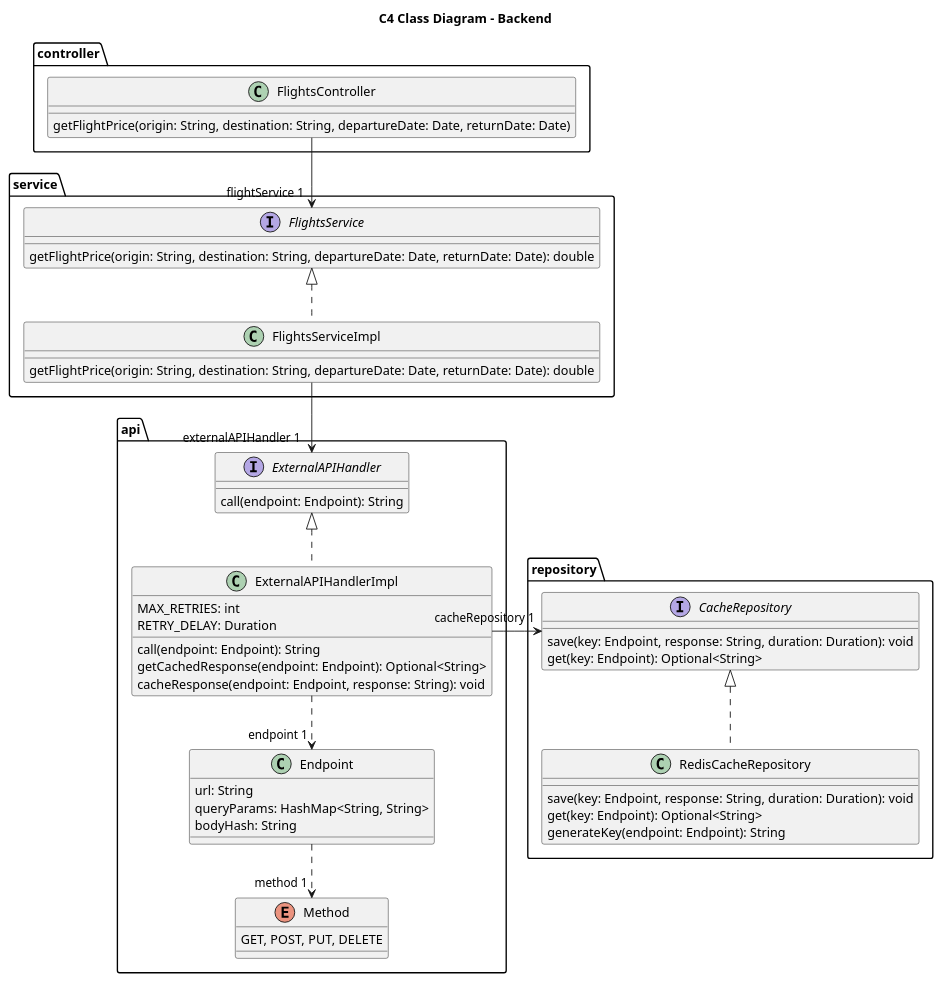
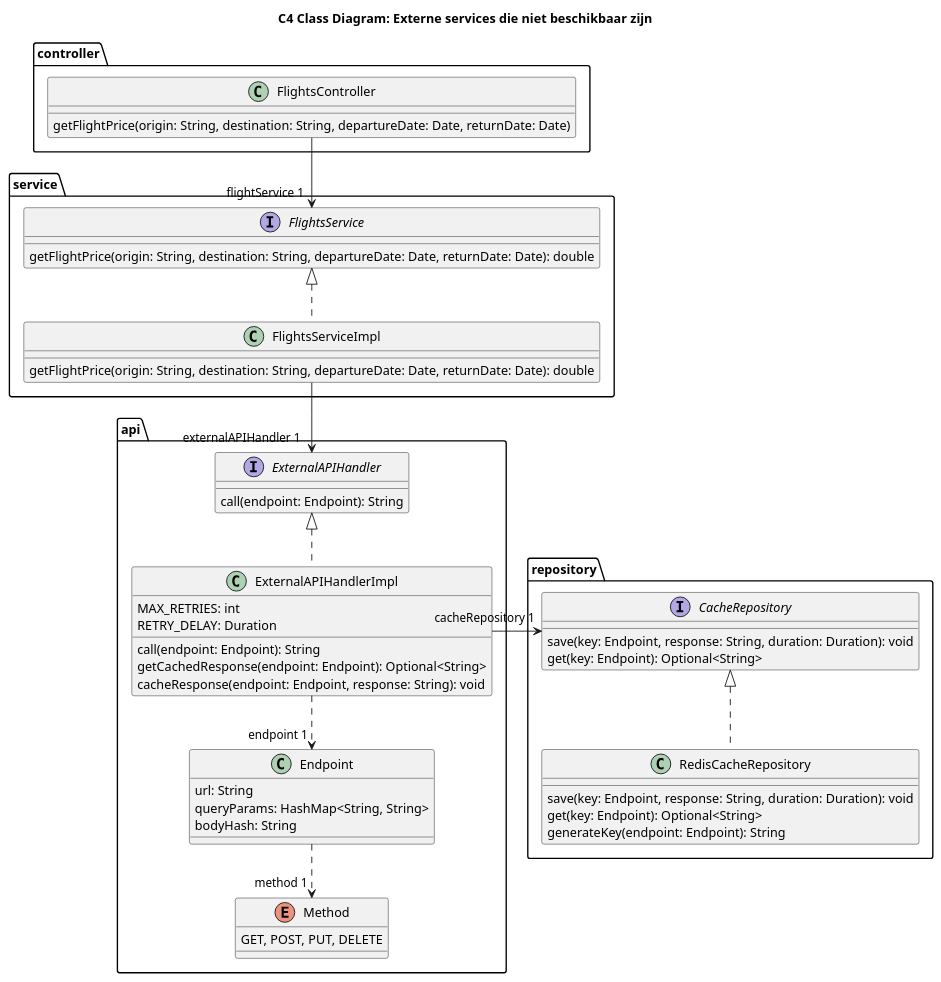
Before and after one commit to AIM-ENE-feb25/triptop-groep-4-jochem-roald-stijn-a: the diagram in software-guidebook/sgb-bestanden/ontwerpvragen/Fault Tolerance - class diagram.puml, drawn with PlantUML. The commit also changed 19 other files, not shown here.

First line of the commit message:
Alle diagrammen rechtgetrokken

```diff
--- a/software-guidebook/sgb-bestanden/ontwerpvragen/Fault Tolerance - class diagram.puml
+++ b/software-guidebook/sgb-bestanden/ontwerpvragen/Fault Tolerance - class diagram.puml
@@ -1,71 +1,71 @@
 @startuml
-title C4 Class Diagram - Backend
+title C4 Class Diagram: Externe services die niet beschikbaar zijn
 
 'hide circle
 'skinparam linetype ortho
 
 top to bottom direction
 
 package "controller" {
     class FlightsController {
         getFlightPrice(origin: String, destination: String, departureDate: Date, returnDate: Date)
     }
 }
 
 package "service" {
     interface FlightsService {
         getFlightPrice(origin: String, destination: String, departureDate: Date, returnDate: Date): double
     }
 
     class FlightsServiceImpl {
         getFlightPrice(origin: String, destination: String, departureDate: Date, returnDate: Date): double
     }
 }
 
 package "api" {
     interface ExternalAPIHandler {
         call(endpoint: Endpoint): String
     }
 
     class ExternalAPIHandlerImpl {
         MAX_RETRIES: int
         RETRY_DELAY: Duration
         call(endpoint: Endpoint): String
         getCachedResponse(endpoint: Endpoint): Optional<String>
         cacheResponse(endpoint: Endpoint, response: String): void
     }
 
     class Endpoint {
         url: String
         queryParams: HashMap<String, String>
         bodyHash: String
     }
 
     enum Method {
         GET, POST, PUT, DELETE
     }
 }
 
 package "repository" {
     interface CacheRepository {
         save(key: Endpoint, response: String, duration: Duration): void
         get(key: Endpoint): Optional<String>
     }
 
     class RedisCacheRepository {
         save(key: Endpoint, response: String, duration: Duration): void
         get(key: Endpoint): Optional<String>
         generateKey(endpoint: Endpoint): String
     }
 }
 
 FlightsController --> "flightService 1" FlightsService
 FlightsServiceImpl .u.|> FlightsService
 FlightsServiceImpl --> "externalAPIHandler 1" ExternalAPIHandler
 ExternalAPIHandlerImpl .u.|> ExternalAPIHandler
 ExternalAPIHandlerImpl -r-> "cacheRepository 1" CacheRepository
 RedisCacheRepository .u.|> CacheRepository
 ExternalAPIHandlerImpl ..> "endpoint 1" Endpoint
 Endpoint ..> "method 1" Method
 
 @enduml
```
